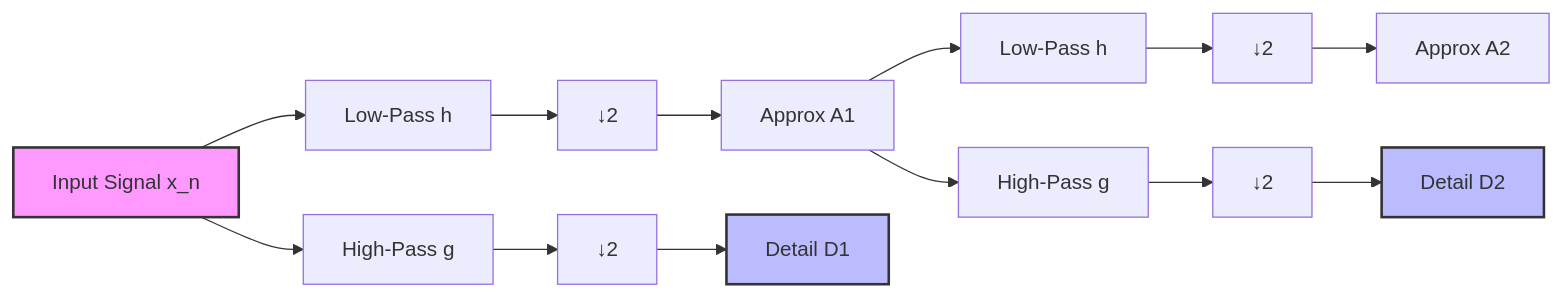
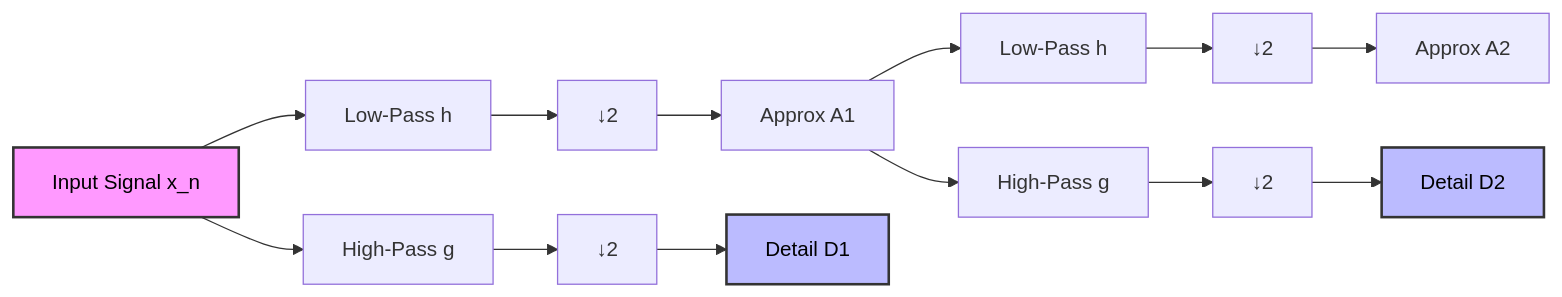
The diagram in Documentation/08_Mathematical_Foundations.md (TGLPD/ATF-V2.1-Edge-SHM-Node), drawn with Mermaid before and after one commit. The commit also changed other lines of this file, not shown here.

````diff
--- a/Documentation/08_Mathematical_Foundations.md
+++ b/Documentation/08_Mathematical_Foundations.md
@@ -43,20 +43,20 @@
 ```mermaid
 graph LR
     x[Input Signal x_n] --> LP1[Low-Pass h]
     x --> HP1[High-Pass g]
     LP1 --> D1[↓2]
     HP1 --> D2[↓2]
     D1 --> A1[Approx A1]
     D2 --> D_1[Detail D1]
     
     A1 --> LP2[Low-Pass h]
     A1 --> HP2[High-Pass g]
     LP2 --> D3[↓2]
     HP2 --> D4[↓2]
     D3 --> A2[Approx A2]
     D4 --> D_2[Detail D2]
     
-    style x fill:#f9f,stroke:#333,stroke-width:2px
-    style D_1 fill:#bbf,stroke:#333,stroke-width:2px
-    style D_2 fill:#bbf,stroke:#333,stroke-width:2px
+    style x fill:#f9f,stroke:#333,stroke-width:2px,color:#000
+    style D_1 fill:#bbf,stroke:#333,stroke-width:2px,color:#000
+    style D_2 fill:#bbf,stroke:#333,stroke-width:2px,color:#000
 ```
````
